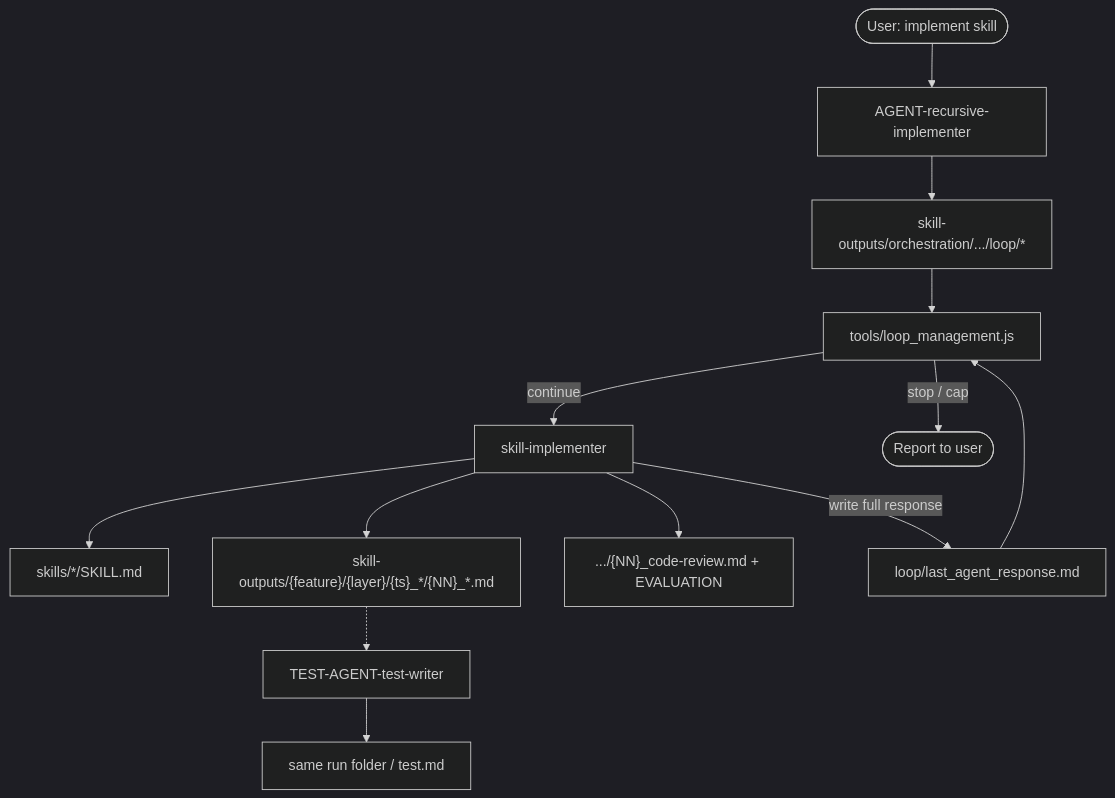
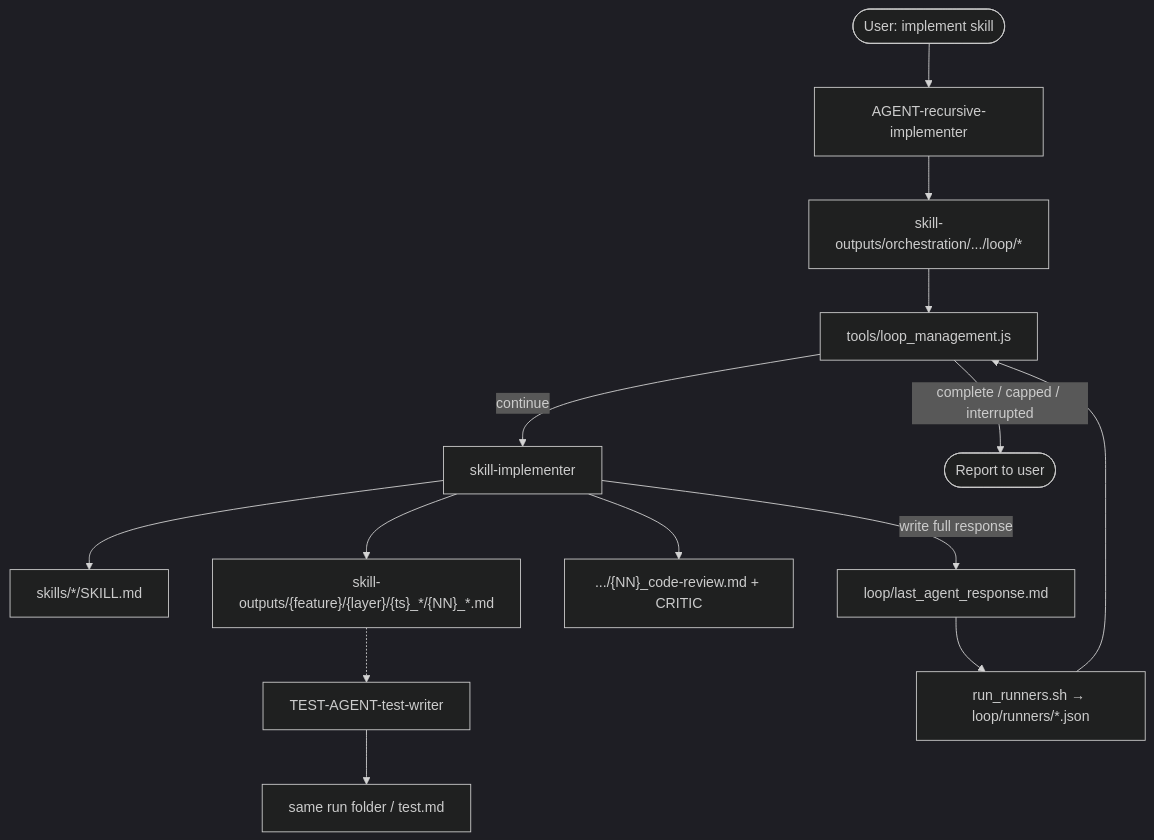
One commit to paulocymbaum/pixelanea changed the second of 6 diagrams in HARNESS.md. Above: the diagram before and after it, drawn with Mermaid (dark theme). The commit also changed other lines of this file and 15 other files, not shown here.

````diff
--- a/HARNESS.md
+++ b/HARNESS.md
@@ -97,15 +99,16 @@
 ```mermaid
 flowchart TD
   User([User: implement skill]) --> RI[AGENT-recursive-implementer]
   RI --> Mat["skill-outputs/orchestration/.../loop/*"]
   Mat --> LM["tools/loop_management.js"]
   LM -->|continue| SI[skill-implementer]
-  LM -->|stop / cap| Done([Report to user])
+  LM -->|complete / capped / interrupted| Done([Report to user])
   SI --> Skill[skills/*/SKILL.md]
   SI --> Steps["skill-outputs/{feature}/{layer}/{ts}_*/{NN}_*.md"]
-  SI --> Review[".../{NN}_code-review.md + EVALUATION"]
+  SI --> Review[".../{NN}_code-review.md + CRITIC"]
   SI -->|write full response| Last["loop/last_agent_response.md"]
-  Last --> LM
+  Last --> Runners["run_runners.sh → loop/runners/*.json"]
+  Runners --> LM
   Steps -.-> TW[TEST-AGENT-test-writer]
   TW --> TestMd["same run folder / test.md"]
 ```
````
